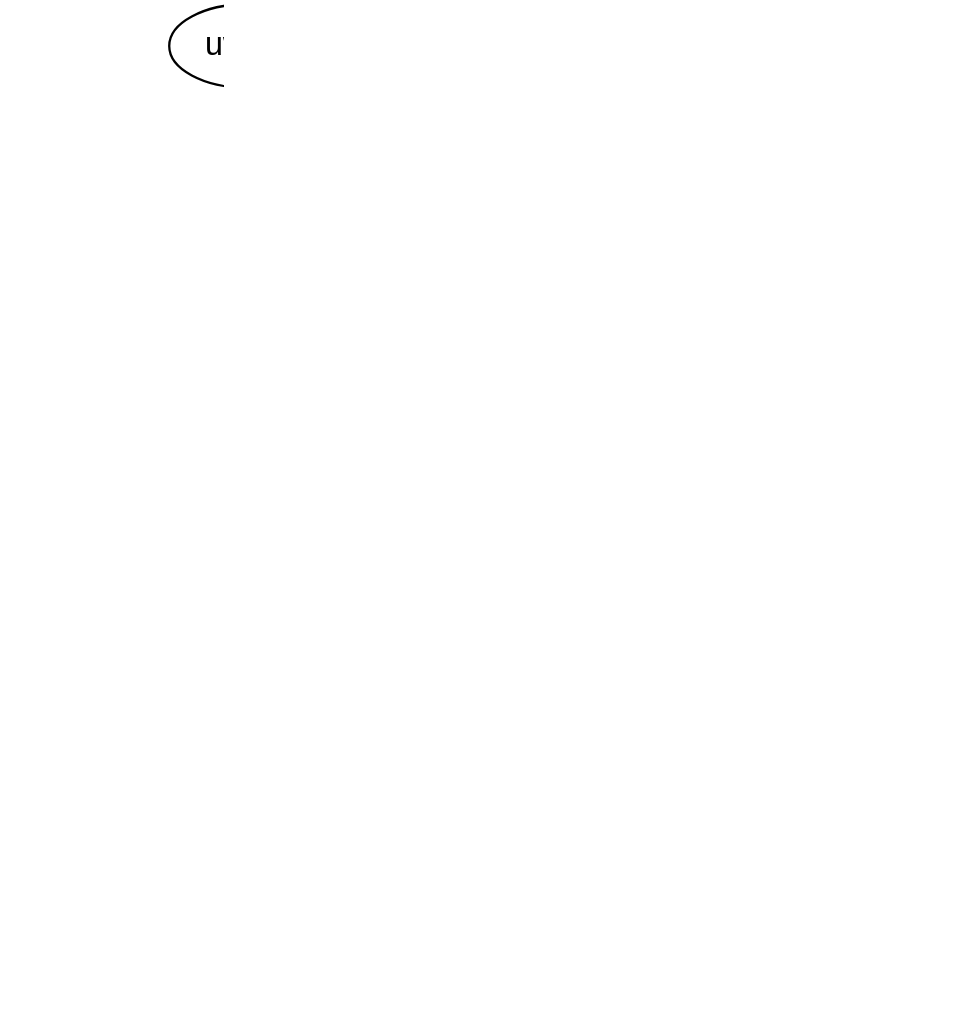
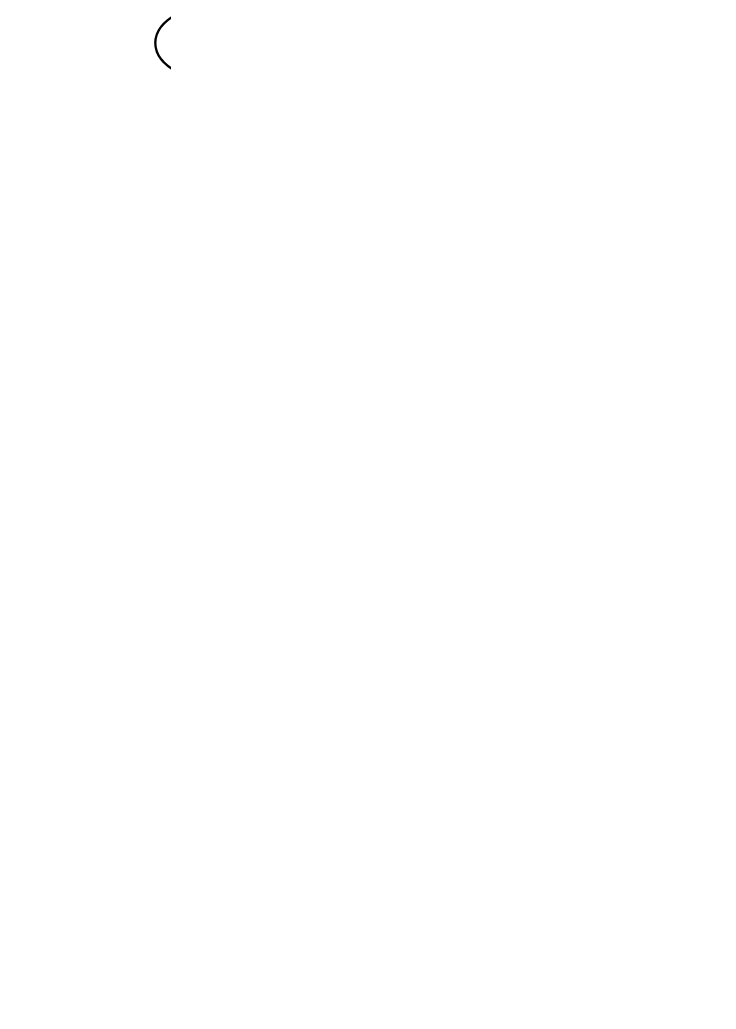
Before and after one commit to piku/piku: the diagram in img/piku.dot, drawn with Graphviz. The commit also changed 13 other files, not shown here.

```diff
--- a/img/piku.dot
+++ b/img/piku.dot
@@ -1,55 +1,49 @@
 digraph G {
     pack=16;
     graph [ dpi = 300 ]; 
     bgcolor=transparent;
     truecolor=true;
-    {rank=same;sshd;uwsgie;nginx;incron;}
+    {rank=same;sshd;uwsgie;nginx;}
     //rankdir=LR;
     subgraph uwsgi_tree {
         uwsgie [label="uwsgi" style=filled fillcolor=white fontname="Arial"];
         uwsgiv [label="vassal" style=filled fillcolor=white fontname="Arial"];
         uwsgi_ini [fontname="Arial"];
     }
     subgraph piku_env {
        label="piku user";
        {rank=same;piku;nginx_confd;}
        sshd [style=filled fillcolor=white fontname="Arial"];
        piku [style=filled fillcolor=white fontname="Arial"];
        sshd->piku;
        piku->git [label="push", fontname="Arial"];
        subgraph cluster_app_env {
             label="Application environment" fontname="Arial" style=filled fillcolor=lightgrey labelloc=b ordering=out;
             {rank=same;git;uwsgiv;}
             {rank=same;reqs;uwsgi_ini;nginx_conf;}
             uwsgie->uwsgiv;
             uwsgiv->uwsgi_ini [arrowhead=none style=dashed];
             virtualenv [style=filled fillcolor=white shape=folder fontname="Arial"];
             git [style=filled fillcolor=white shape=folder label="git repo" fontname="Arial"];
             env [style=filled fillcolor=white shape=note label="ENV" fontname="Arial"];
             reqs [style=filled fillcolor=white shape=note label="requirements.txt" fontname="Arial"];
             app [style=filled fillcolor=white shape=folder fontname="Arial"];
             git->env;
             env->uwsgi_ini;
             env->nginx_conf;
             git->app;
             uwsgi_ini [style=filled fillcolor=white label="uwsgi.ini" shape=note fontname="Arial"];
             nginx_conf [style=filled fillcolor=white label="nginx.conf", shape=note, fontname="Arial"];
             git->reqs;
             reqs->virtualenv;
             uwsgi_ini->virtualenv;
             nginx_conf->app;
        }
     }
     subgraph nginx_tree {
         nginx [fontname="Arial" style=filled fillcolor=white];
         nginx_confd [label="master\nnginx.conf" shape=note style=filled fillcolor=white fontname="Arial"];
         nginx->nginx_confd [arrowhead=none style=dashed];
         nginx_confd->nginx_conf [arrowhead=none style=dashed];
     }
-    subgraph incron_tree {
-        incron [fontname="Arial" style=filled fillcolor=white];
-        nginx_conf -> incron [label="watch", style="dotted", fontname="Arial" weight=0]; 
-        incron -> nginx [label="reload" style="dotted" fontname="Arial" weight=0];
-        incron->nginx_conf [style=invis];
-    }
 }
```
